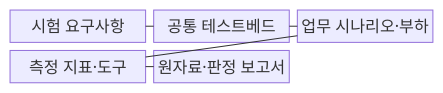
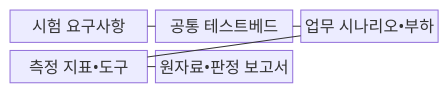
Before and after one commit to agnusdei1207/knowledge-base: the first of 2 diagrams in src/content/docs/notes/07-law-policy/020_bmt_benchmark_test.md, drawn with Mermaid. The commit also changed other lines of this file and 953 other files, not shown here.

````diff
--- a/src/content/docs/notes/07-law-policy/020_bmt_benchmark_test.md
+++ b/src/content/docs/notes/07-law-policy/020_bmt_benchmark_test.md
@@ -71,13 +71,13 @@
 ```mermaid
 block-beta
   columns 3
   A["시험 요구사항"]
   B["공통 테스트베드"]
-  C["업무 시나리오·부하"]
-  D["측정 지표·도구"]
-  E["원자료·판정 보고서"]
+  C["업무 시나리오•부하"]
+  D["측정 지표•도구"]
+  E["원자료•판정 보고서"]
   A --- B
   B --- C
   C --- D
   D --- E
 ```
````
